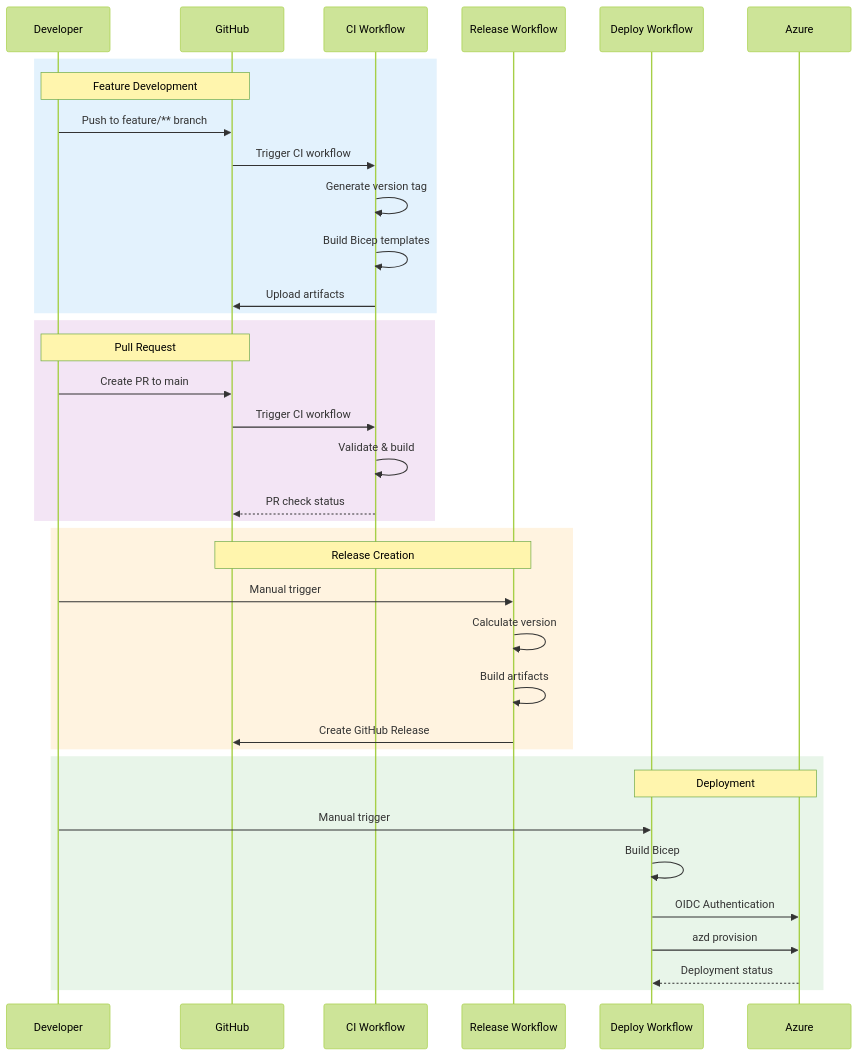
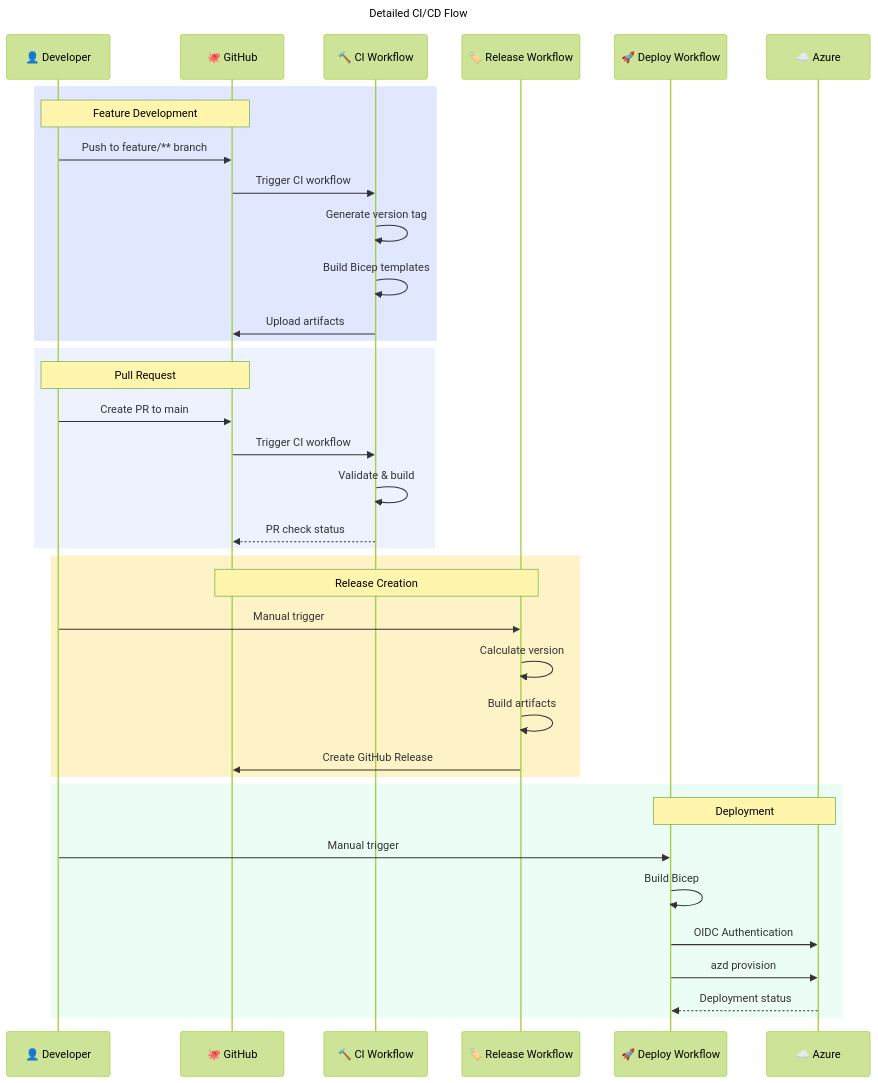
The third of 7 diagrams in docs/architecture/07-deployment-architecture.md (Evilazaro/DevExp-DevBox), drawn with Mermaid (forest theme) before and after one commit.

Commit message:
Enhance detailed CI/CD flow diagram in deployment architecture documentation for improved clarity and visual representation of workflows.

````diff
--- a/docs/architecture/07-deployment-architecture.md
+++ b/docs/architecture/07-deployment-architecture.md
@@ -204,43 +204,46 @@
 ```mermaid
+---
+title: Detailed CI/CD Flow
+---
 sequenceDiagram
-    participant Dev as Developer
-    participant GH as GitHub
-    participant CI as CI Workflow
-    participant Release as Release Workflow
-    participant Deploy as Deploy Workflow
-    participant Azure as Azure
+    participant Dev as 👤 Developer
+    participant GH as 🐙 GitHub
+    participant CI as 🔨 CI Workflow
+    participant Release as 🏷️ Release Workflow
+    participant Deploy as 🚀 Deploy Workflow
+    participant Azure as ☁️ Azure
 
-    rect rgb(227, 242, 253)
+    rect rgb(224, 231, 255)
         Note over Dev,GH: Feature Development
         Dev->>GH: Push to feature/** branch
         GH->>CI: Trigger CI workflow
         CI->>CI: Generate version tag
         CI->>CI: Build Bicep templates
         CI->>GH: Upload artifacts
     end
 
-    rect rgb(243, 229, 245)
+    rect rgb(238, 242, 255)
         Note over Dev,GH: Pull Request
         Dev->>GH: Create PR to main
         GH->>CI: Trigger CI workflow
         CI->>CI: Validate & build
         CI-->>GH: PR check status
     end
 
-    rect rgb(255, 243, 224)
+    rect rgb(254, 243, 199)
         Note over GH,Release: Release Creation
         Dev->>Release: Manual trigger
         Release->>Release: Calculate version
         Release->>Release: Build artifacts
         Release->>GH: Create GitHub Release
     end
 
-    rect rgb(232, 245, 233)
+    rect rgb(236, 253, 245)
         Note over Deploy,Azure: Deployment
         Dev->>Deploy: Manual trigger
         Deploy->>Deploy: Build Bicep
         Deploy->>Azure: OIDC Authentication
         Deploy->>Azure: azd provision
         Azure-->>Deploy: Deployment status
     end
 ```
````
